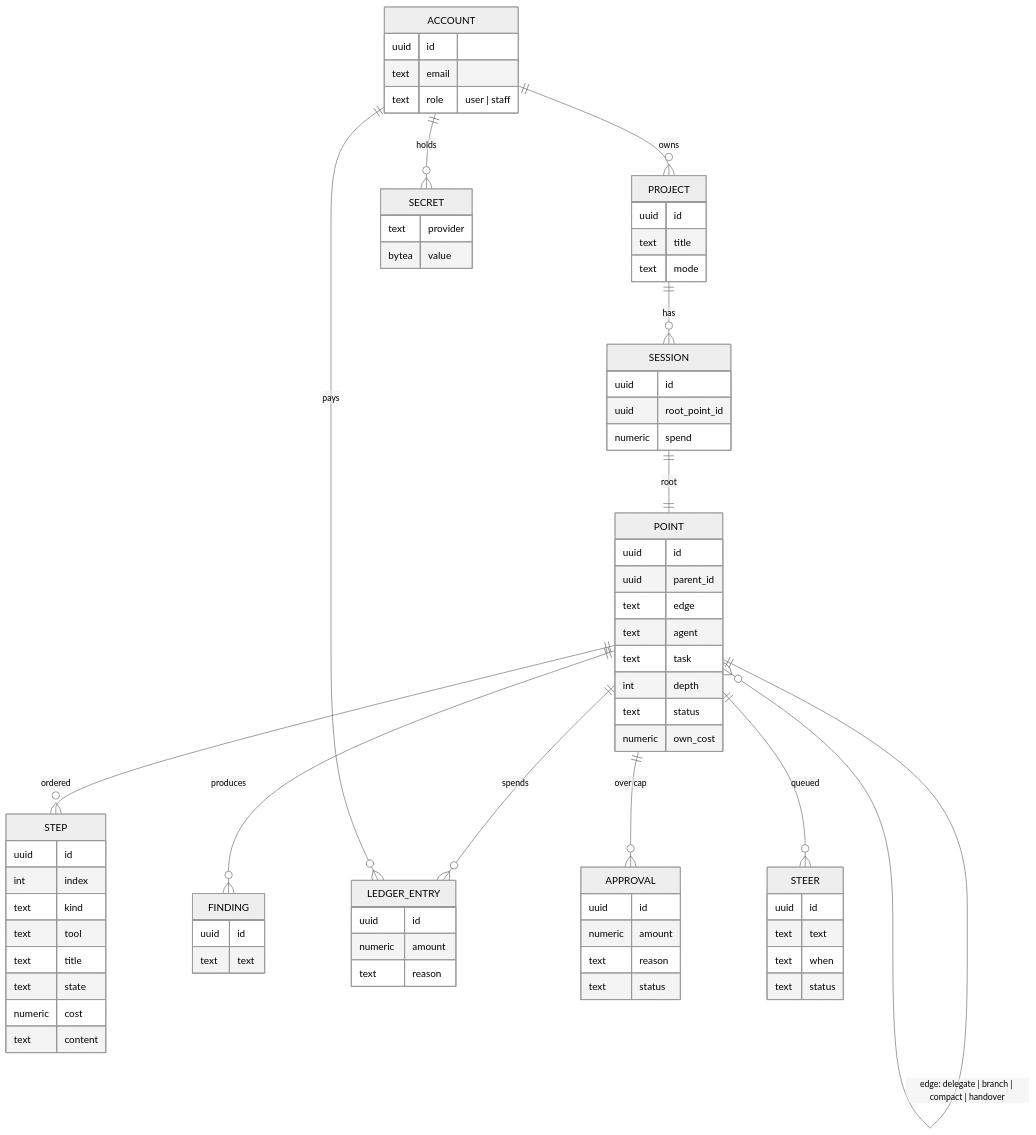
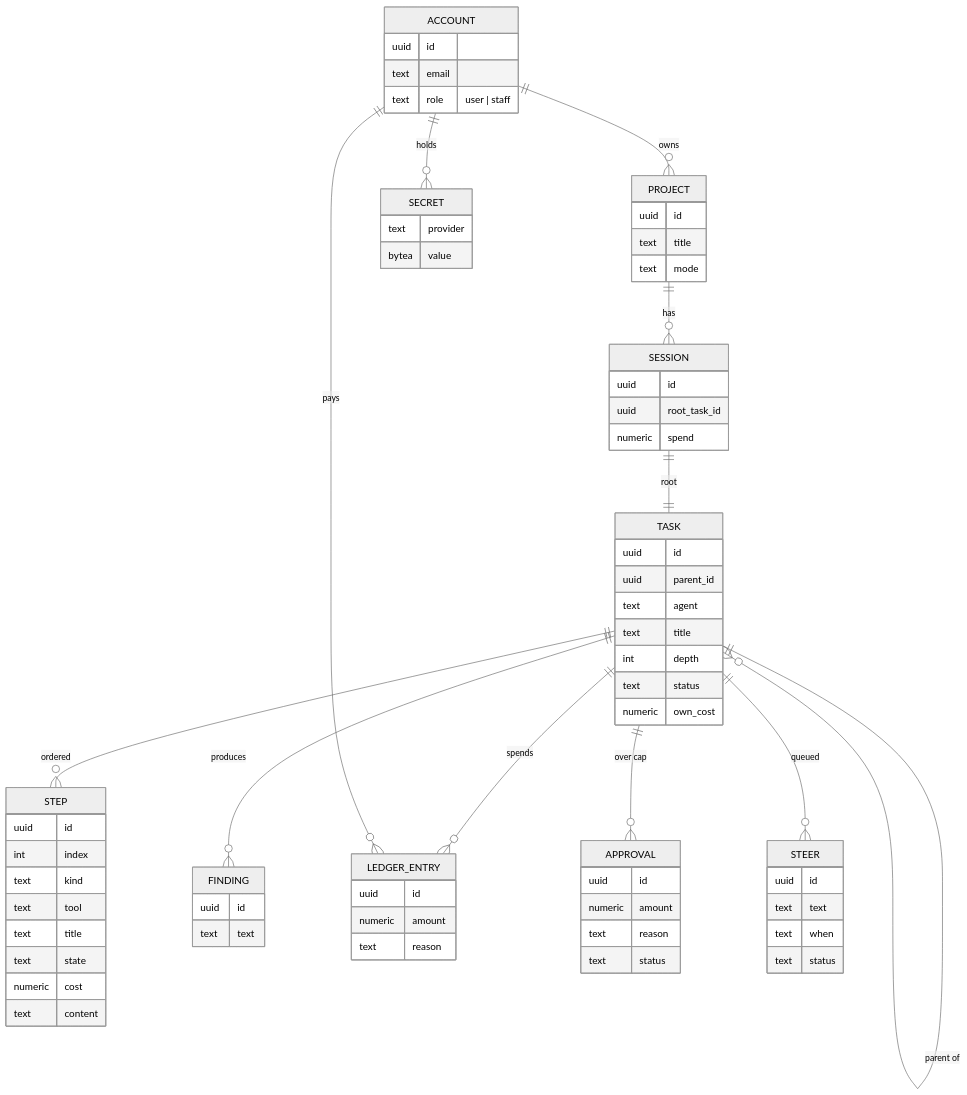
One commit to ziyangliu-666/lumen-next changed the third of 16 diagrams in docs/ARCHITECTURE.md. Above: the diagram before and after it, drawn with Mermaid (neutral theme). The commit also changed other lines of this file and 25 other files, not shown here.

First line of the commit message:
contract: a task, not a point, and a tree, not a graph

````diff
--- a/docs/ARCHITECTURE.md
+++ b/docs/ARCHITECTURE.md
@@ -90,25 +90,25 @@
 ```mermaid
 erDiagram
   ACCOUNT ||--o{ PROJECT : owns
   PROJECT ||--o{ SESSION : has
-  SESSION ||--|| POINT : "root"
-  POINT ||--o{ POINT : "edge: delegate | branch | compact | handover"
-  POINT ||--o{ STEP : "ordered"
-  POINT ||--o{ FINDING : produces
-  POINT ||--o{ LEDGER_ENTRY : spends
-  POINT ||--o{ APPROVAL : "over cap"
-  POINT ||--o{ STEER : queued
+  SESSION ||--|| TASK : "root"
+  TASK ||--o{ TASK : "parent of"
+  TASK ||--o{ STEP : "ordered"
+  TASK ||--o{ FINDING : produces
+  TASK ||--o{ LEDGER_ENTRY : spends
+  TASK ||--o{ APPROVAL : "over cap"
+  TASK ||--o{ STEER : queued
   ACCOUNT ||--o{ LEDGER_ENTRY : pays
   ACCOUNT ||--o{ SECRET : holds
 
   ACCOUNT { uuid id  text email  text role "user | staff" }
   PROJECT { uuid id  text title  text mode }
-  SESSION { uuid id  uuid root_point_id  numeric spend }
-  POINT { uuid id  uuid parent_id  text edge  text agent  text task  int depth  text status  numeric own_cost }
+  SESSION { uuid id  uuid root_task_id  numeric spend }
+  TASK { uuid id  uuid parent_id  text agent  text title  int depth  text status  numeric own_cost }
   STEP { uuid id  int index  text kind  text tool  text title  text state  numeric cost  text content }
   FINDING { uuid id  text text }
   LEDGER_ENTRY { uuid id  numeric amount  text reason }
   APPROVAL { uuid id  numeric amount  text reason  text status }
   STEER { uuid id  text text  text when  text status }
   SECRET { text provider  bytea value }
 ```
````
